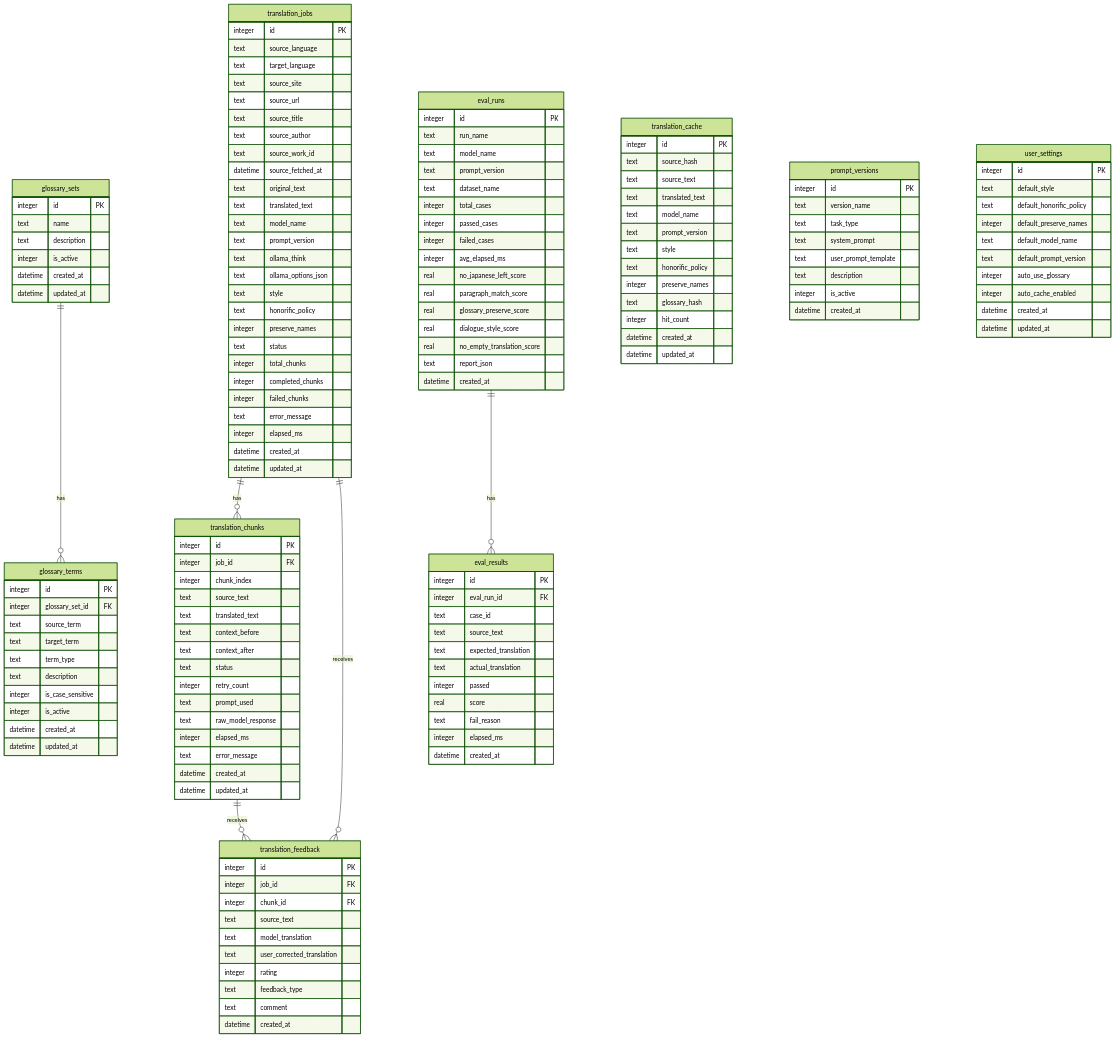
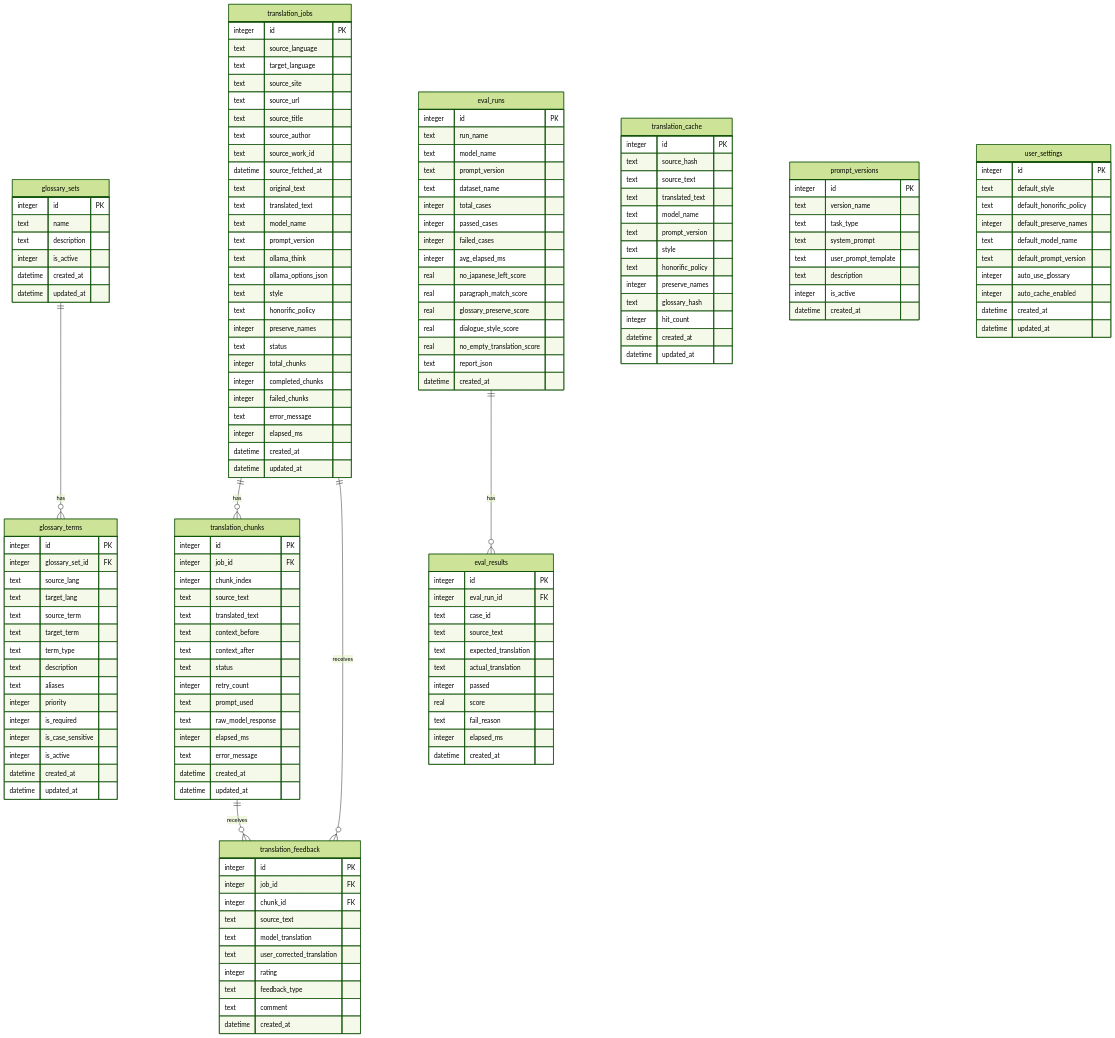
One commit to SerinKims/translator-jp changed the diagram in Docs/DB.md. Above: the diagram before and after it, drawn with Mermaid (forest theme). The commit also changed other lines of this file and 14 other files, not shown here.

```diff
--- a/Docs/DB.md
+++ b/Docs/DB.md
@@ -172,10 +172,15 @@
     glossary_terms {
         integer id PK
         integer glossary_set_id FK
+        text source_lang
+        text target_lang
         text source_term
         text target_term
         text term_type
         text description
+        text aliases
+        integer priority
+        integer is_required
         integer is_case_sensitive
         integer is_active
         datetime created_at
```
